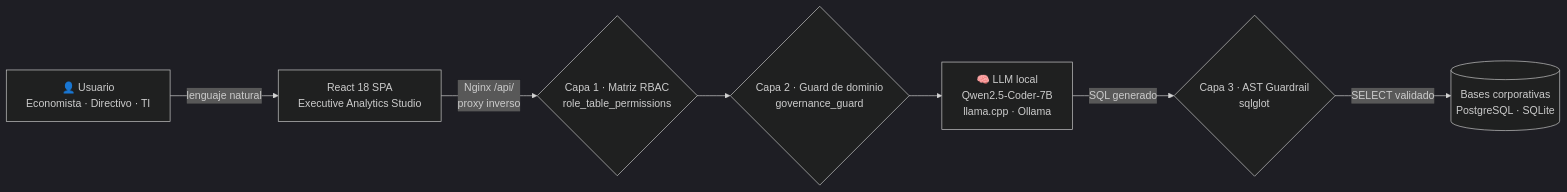
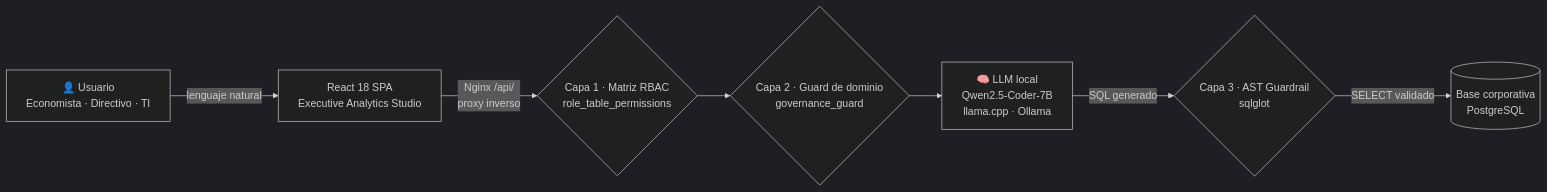
The diagram in README.md (Kintsukuro1/Datia), drawn with Mermaid (dark theme) before and after one commit. The commit also changed other lines of this file and 108 other files, not shown here.

````diff
--- a/README.md
+++ b/README.md
@@ -24,9 +23,9 @@
 ```mermaid
 flowchart LR
     U["👤 Usuario<br/>Economista · Directivo · TI"] -- "lenguaje natural" --> FE["React 18 SPA<br/>Executive Analytics Studio"]
     FE -- "Nginx /api/<br/>proxy inverso" --> C1{"Capa 1 · Matriz RBAC<br/>role_table_permissions"}
     C1 --> C2{"Capa 2 · Guard de dominio<br/>governance_guard"}
     C2 --> LLM["🧠 LLM local<br/>Qwen2.5-Coder-7B<br/>llama.cpp · Ollama"]
     LLM -- "SQL generado" --> C3{"Capa 3 · AST Guardrail<br/>sqlglot"}
-    C3 -- "SELECT validado" --> DB[("Bases corporativas<br/>PostgreSQL · SQLite")]
+    C3 -- "SELECT validado" --> DB[("Base corporativa<br/>PostgreSQL")]
 ```
````
